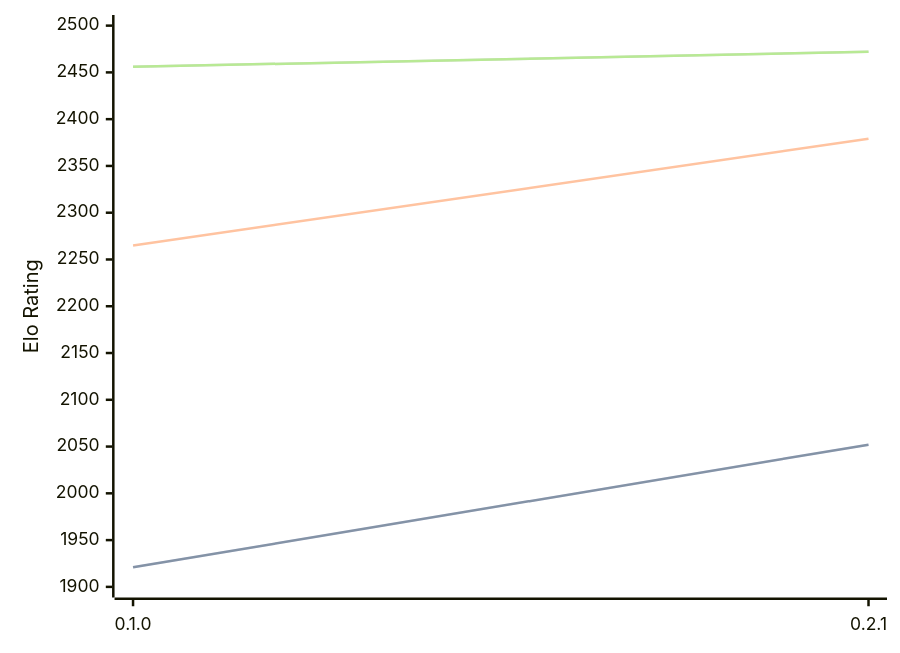
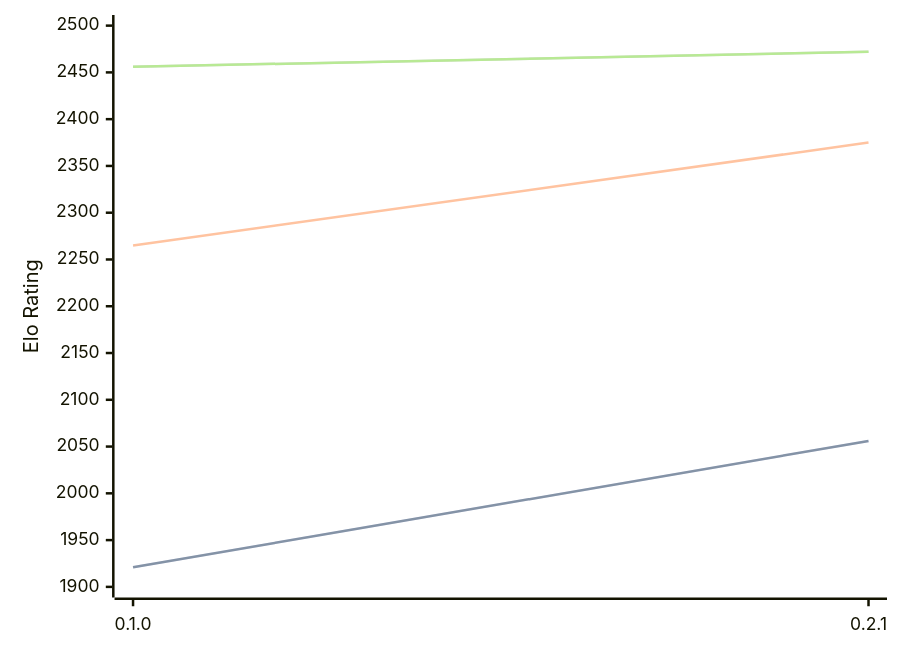
One commit to computer-chess-index/cci changed the diagram in engines/Sykora.md. Above: the diagram before and after it, drawn with Mermaid. The commit also changed other lines of this file, not shown here.

Commit message:
Update CCI Ratings (ELO VLTC) - 2026-04-21

````diff
--- a/engines/Sykora.md
+++ b/engines/Sykora.md
@@ -33,11 +33,11 @@
 ```mermaid
 %%{init: {"theme":"base","themeVariables":{"seriesColors:['#a3a3a3','#222221','#faa371']}}}%%
 xychart-beta
   x-axis ["0.1.0", "0.2.1"]
   y-axis "Elo Rating" 1900 --> 2500
-  line "STC (8.0+0.08s)" [1921, 2052]
-  line "STC (8.0+0.08s)" [1921, 2052]
-  line "LTC (60.0+0.60s)" [2265, 2379]
+  line "STC (8.0+0.08s)" [1921, 2056]
+  line "STC (8.0+0.08s)" [1921, 2056]
+  line "LTC (60.0+0.60s)" [2265, 2375]
   line "VLTC (2m24s+1.12s)" [2456, 2472]
   line "VLTC (2m24s+1.12s)" [2456, 2472]
 ```
````
